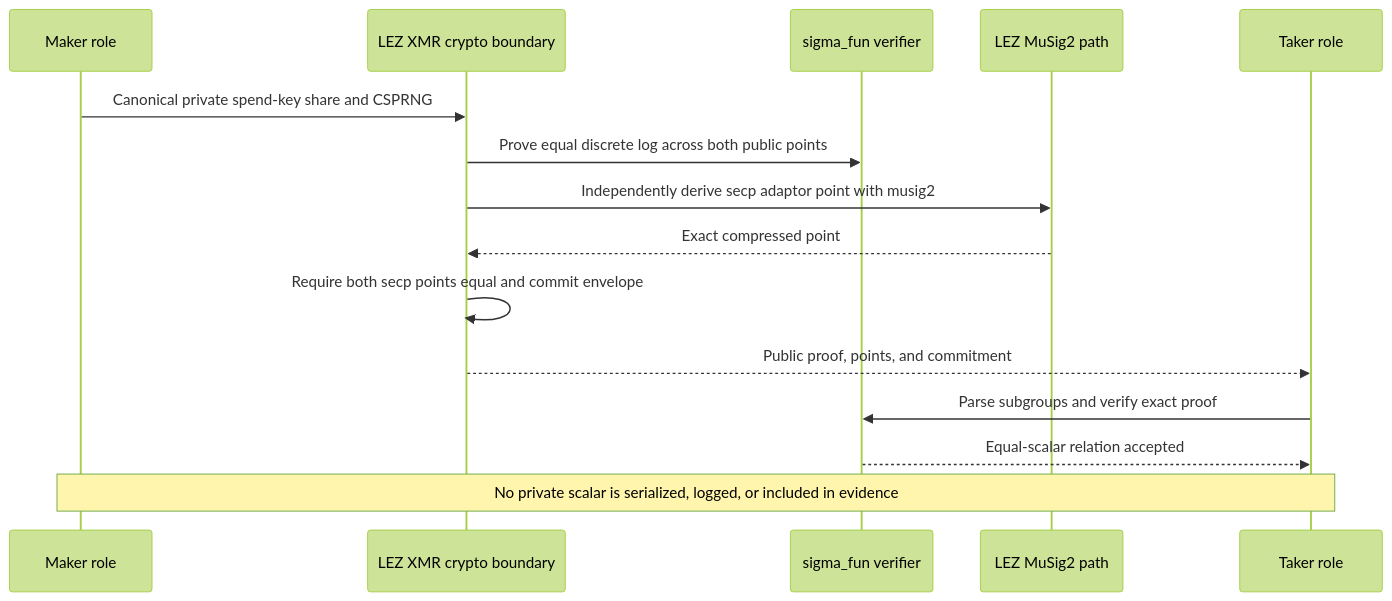
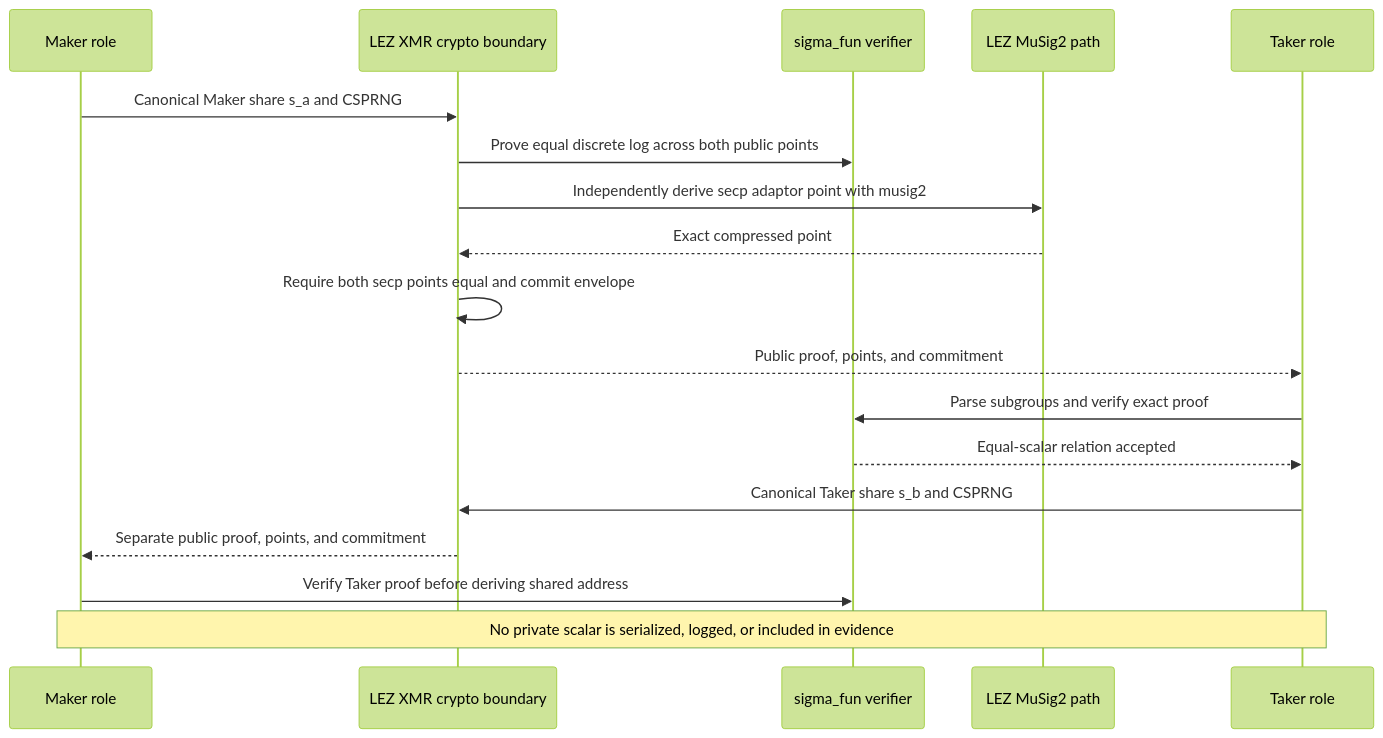
The second of 2 diagrams in docs/architecture/0054-bound-xmr-share-to-lez-adaptor-point.md (gateway-fm/lez-atomic-swaps), drawn with Mermaid (forest theme) before and after one commit. The commit also changed other lines of this file and 17 other files, not shown here.

````diff
--- a/docs/architecture/0054-bound-xmr-share-to-lez-adaptor-point.md
+++ b/docs/architecture/0054-bound-xmr-share-to-lez-adaptor-point.md
@@ -83,18 +84,21 @@
 ```mermaid
 sequenceDiagram
     participant Maker as Maker role
     participant Wrapper as LEZ XMR crypto boundary
     participant Dleq as sigma_fun verifier
     participant Lez as LEZ MuSig2 path
     participant Taker as Taker role
 
-    Maker->>Wrapper: Canonical private spend-key share and CSPRNG
+    Maker->>Wrapper: Canonical Maker share s_a and CSPRNG
     Wrapper->>Dleq: Prove equal discrete log across both public points
     Wrapper->>Lez: Independently derive secp adaptor point with musig2
     Lez-->>Wrapper: Exact compressed point
     Wrapper->>Wrapper: Require both secp points equal and commit envelope
     Wrapper-->>Taker: Public proof, points, and commitment
     Taker->>Dleq: Parse subgroups and verify exact proof
     Dleq-->>Taker: Equal-scalar relation accepted
+    Taker->>Wrapper: Canonical Taker share s_b and CSPRNG
+    Wrapper-->>Maker: Separate public proof, points, and commitment
+    Maker->>Dleq: Verify Taker proof before deriving shared address
     Note over Maker,Taker: No private scalar is serialized, logged, or included in evidence
 ```
````
